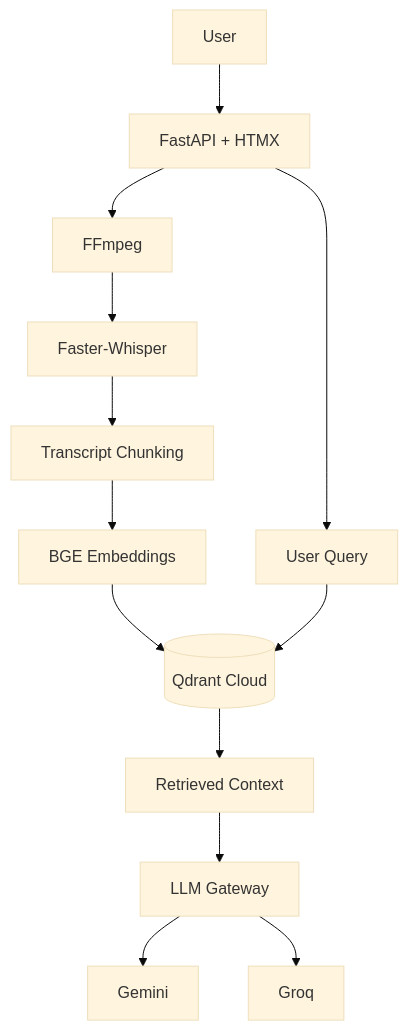
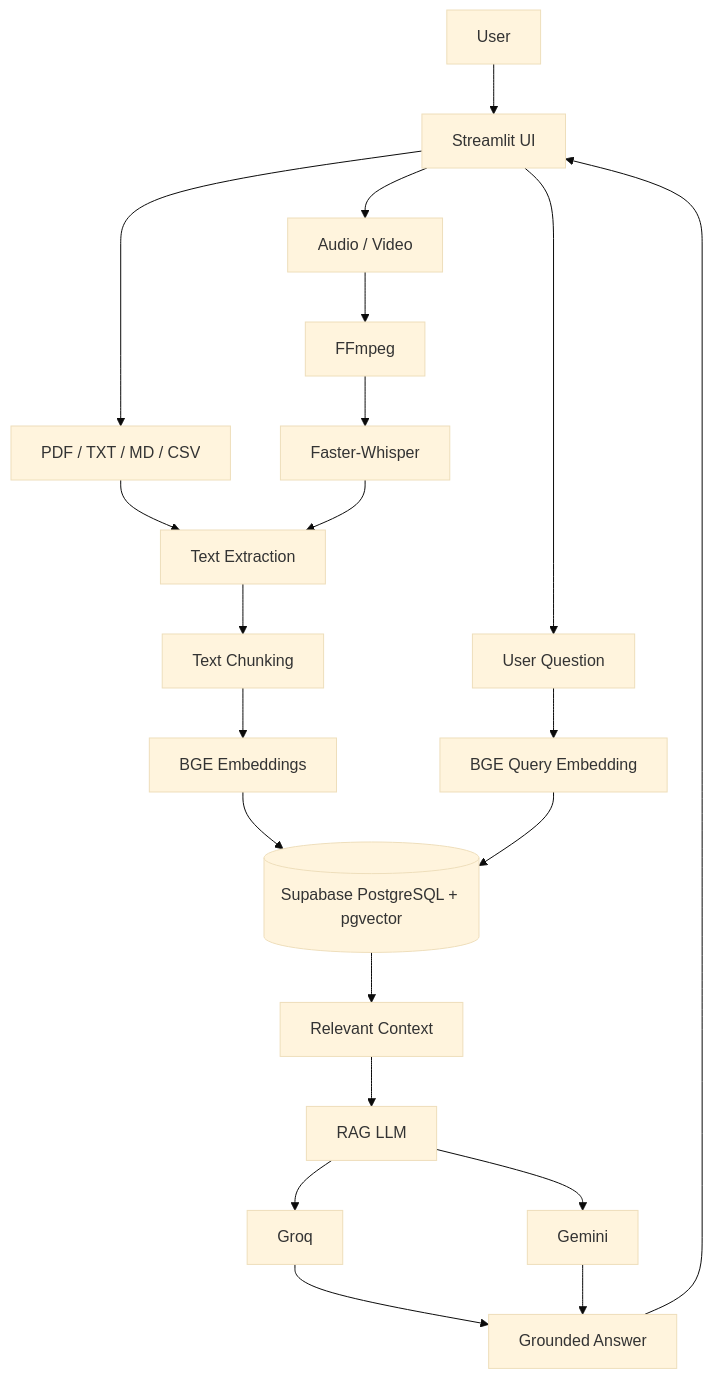
Before and after one commit to Piyu242005/MindMesh-AI: the diagram in README.md, drawn with Mermaid (base theme). The commit also changed other lines of this file, not shown here.

Commit message:
docs: update README for Streamlit and Supabase

````diff
--- a/README.md
+++ b/README.md
@@ -24,15 +28,23 @@
 ```mermaid
 graph TD
-    U[User] --> UI[FastAPI + HTMX]
-    UI --> F[FFmpeg]
+    U[User] --> S[Streamlit UI]
+    S --> D[PDF / TXT / MD / CSV]
+    S --> M[Audio / Video]
+    M --> F[FFmpeg]
     F --> W[Faster-Whisper]
-    W --> C[Transcript Chunking]
-    C --> E[BGE Embeddings]
-    E --> Q[(Qdrant Cloud)]
-    UI --> R[User Query]
-    R --> Q
-    Q --> CTX[Retrieved Context]
-    CTX --> L[LLM Gateway]
-    L --> G[Gemini]
-    L --> GR[Groq]
+    D --> C[Text Extraction]
+    W --> C
+    C --> CH[Text Chunking]
+    CH --> E[BGE Embeddings]
+    E --> SB[(Supabase PostgreSQL + pgvector)]
+    S --> Q[User Question]
+    Q --> QE[BGE Query Embedding]
+    QE --> SB
+    SB --> CTX[Relevant Context]
+    CTX --> L[RAG LLM]
+    L --> G[Groq]
+    L --> GE[Gemini]
+    G --> A[Grounded Answer]
+    GE --> A
+    A --> S
 ```
````
